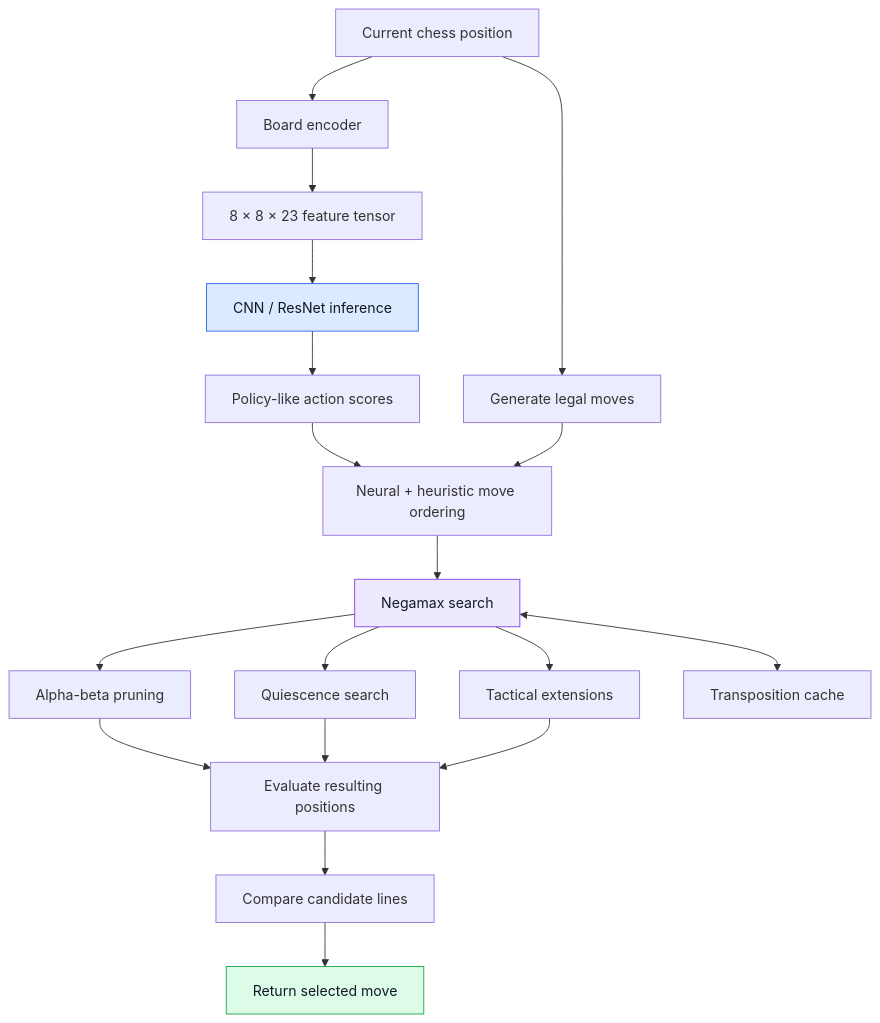
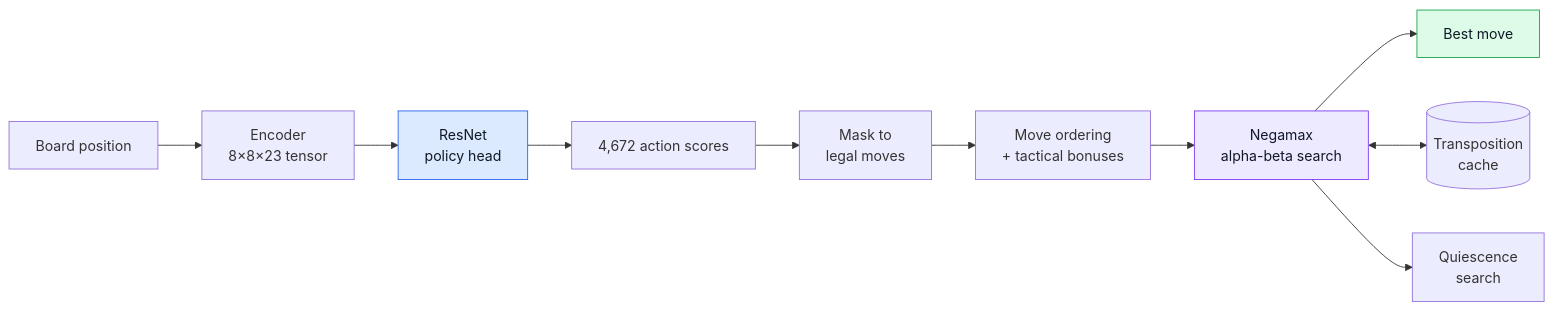
Before and after one commit to SakshamJuneja007/Chess-ai: the diagram in README.md, drawn with Mermaid. The commit also changed other lines of this file, not shown here.

````diff
--- a/README.md
+++ b/README.md
@@ -177,27 +41,16 @@
-``` mermaid
-flowchart TD
-    A["Current chess position"] --> B["Board encoder"]
-    B --> C["8 × 8 × 23 feature tensor"]
-    C --> D["CNN / ResNet inference"]
-    D --> E["Policy-like action scores"]
+```mermaid
+flowchart LR
+    A["Board position"] --> B["Encoder<br/>8×8×23 tensor"]
+    B --> C["ResNet<br/>policy head"]
+    C --> D["4,672 action scores"]
+    D --> E["Mask to<br/>legal moves"]
+    E --> F["Move ordering<br/>+ tactical bonuses"]
+    F --> G["Negamax<br/>alpha-beta search"]
+    G --> H["Best move"]
+    G <--> I[("Transposition<br/>cache")]
+    G --> J["Quiescence<br/>search"]
 
-    A --> F["Generate legal moves"]
-    E --> G["Neural + heuristic move ordering"]
-    F --> G
-
-    G --> H["Negamax search"]
-    H --> I["Alpha-beta pruning"]
-    H --> J["Quiescence search"]
-    H --> K["Tactical extensions"]
-    H <--> L["Transposition cache"]
-
-    I --> M["Evaluate resulting positions"]
-    J --> M
-    K --> M
-    M --> N["Compare candidate lines"]
-    N --> O["Return selected move"]
-
-    style D fill:#dbeafe,stroke:#2563eb,color:#111827
-    style H fill:#ede9fe,stroke:#7c3aed,color:#111827
-    style O fill:#dcfce7,stroke:#16a34a,color:#111827
+    style C fill:#dbeafe,stroke:#2563eb,color:#111827
+    style G fill:#ede9fe,stroke:#7c3aed,color:#111827
+    style H fill:#dcfce7,stroke:#16a34a,color:#111827
 ```
````
